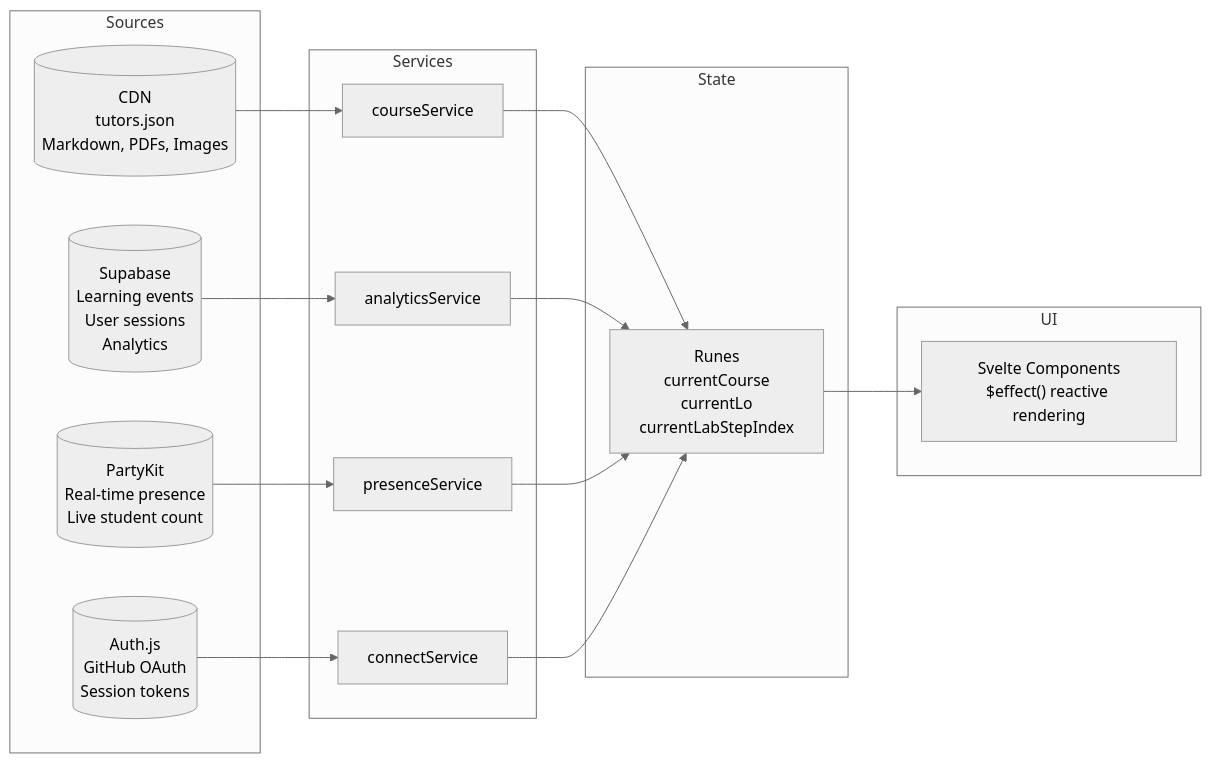
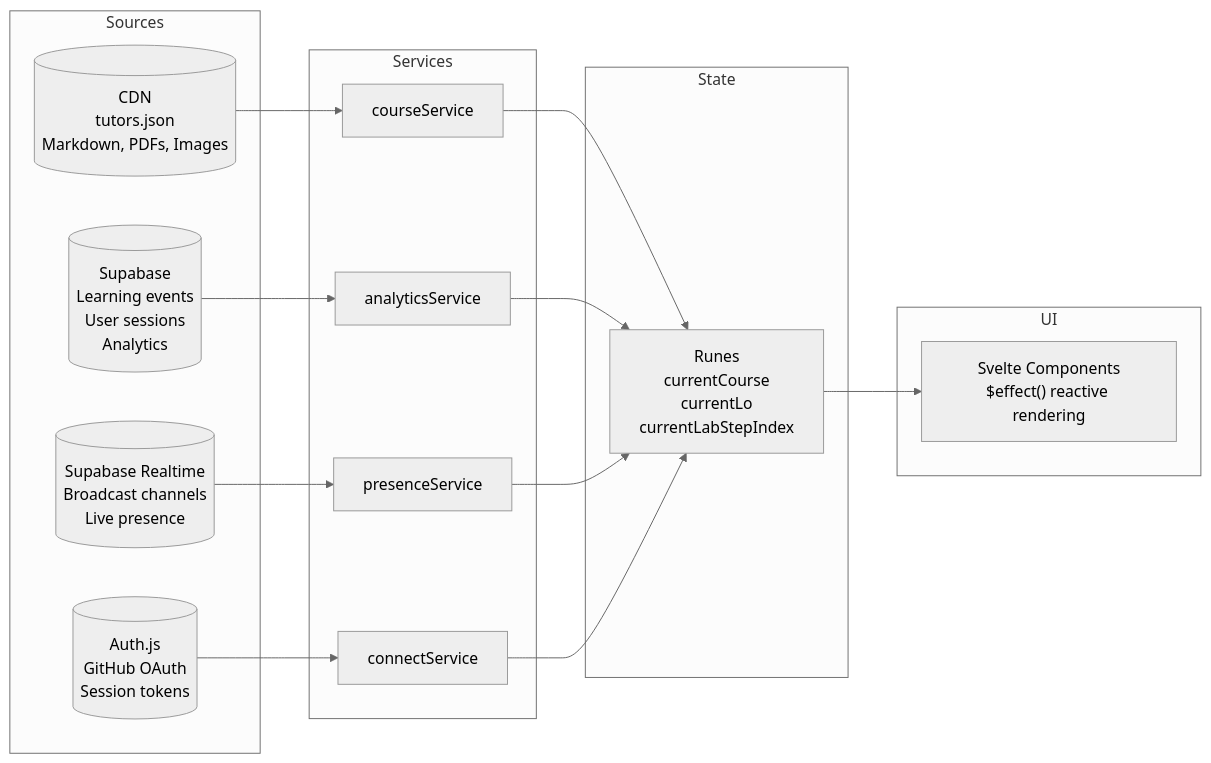
Before and after one commit to tutors-sdk/tutors-reference-manual: diagram 14 of 14 in unit-4-dev/note-architecture/note-architecture.md, drawn with Mermaid (neutral theme). The commit also changed other lines of this file and 2 other files, not shown here.

Commit message:
architecture update

````diff
--- a/unit-4-dev/note-architecture/note-architecture.md
+++ b/unit-4-dev/note-architecture/note-architecture.md
@@ -1693,36 +1713,36 @@
 ```mermaid
 flowchart LR
   subgraph Sources
     cdn[("CDN<br/>tutors.json<br/>Markdown, PDFs, Images")]
     supabase[("Supabase<br/>Learning events<br/>User sessions<br/>Analytics")]
-    partykit[("PartyKit<br/>Real-time presence<br/>Live student count")]
+    realtime[("Supabase Realtime<br/>Broadcast channels<br/>Live presence")]
     auth[("Auth.js<br/>GitHub OAuth<br/>Session tokens")]
   end
 
   subgraph Services
     cs["courseService"]
     as["analyticsService"]
     ps["presenceService"]
     co["connectService"]
   end
 
   subgraph State
     runes["Runes<br/>currentCourse<br/>currentLo<br/>currentLabStepIndex"]
   end
 
   subgraph UI
     components["Svelte Components<br/>$effect() reactive rendering"]
   end
 
   cdn --> cs
   supabase --> as
-  partykit --> ps
+  realtime --> ps
   auth --> co
 
   cs --> runes
   as --> runes
   ps --> runes
   co --> runes
 
   runes --> components
 ```
````
